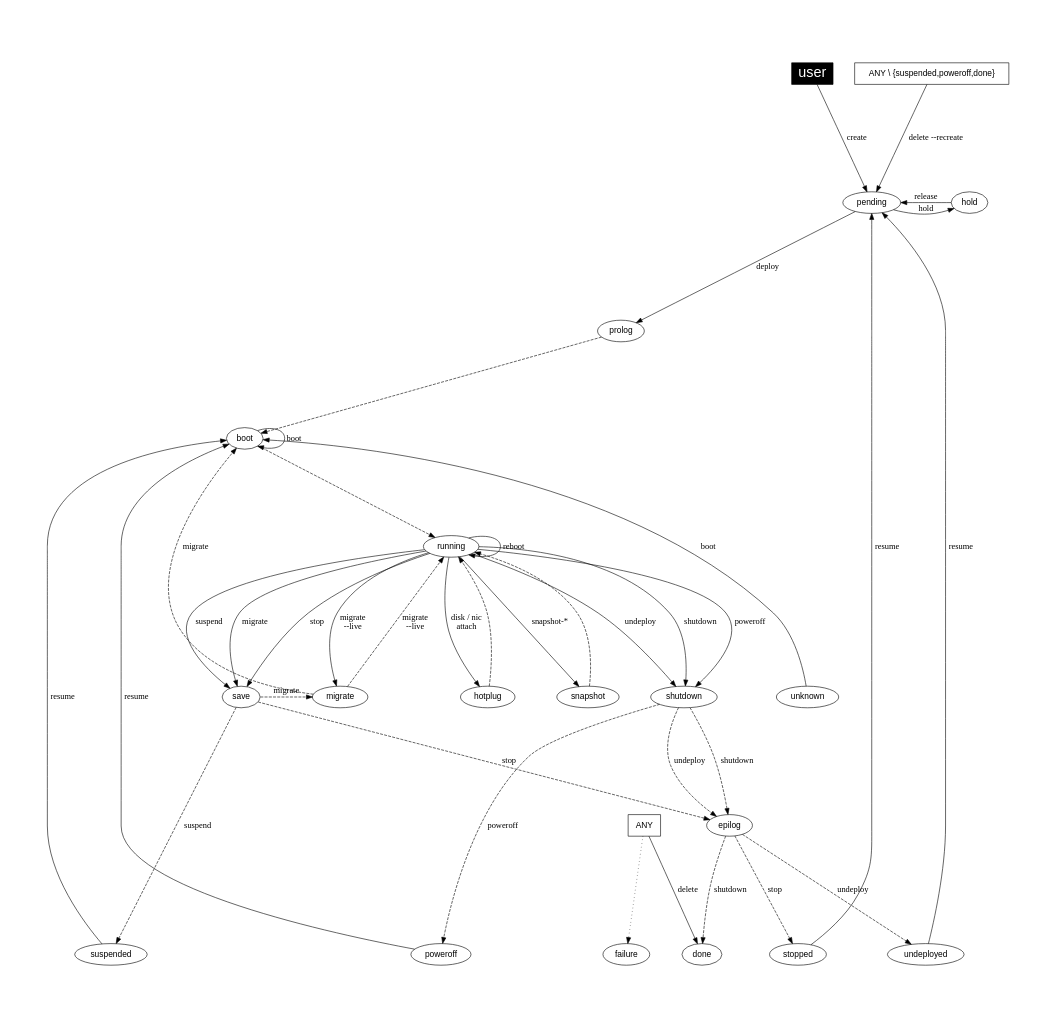
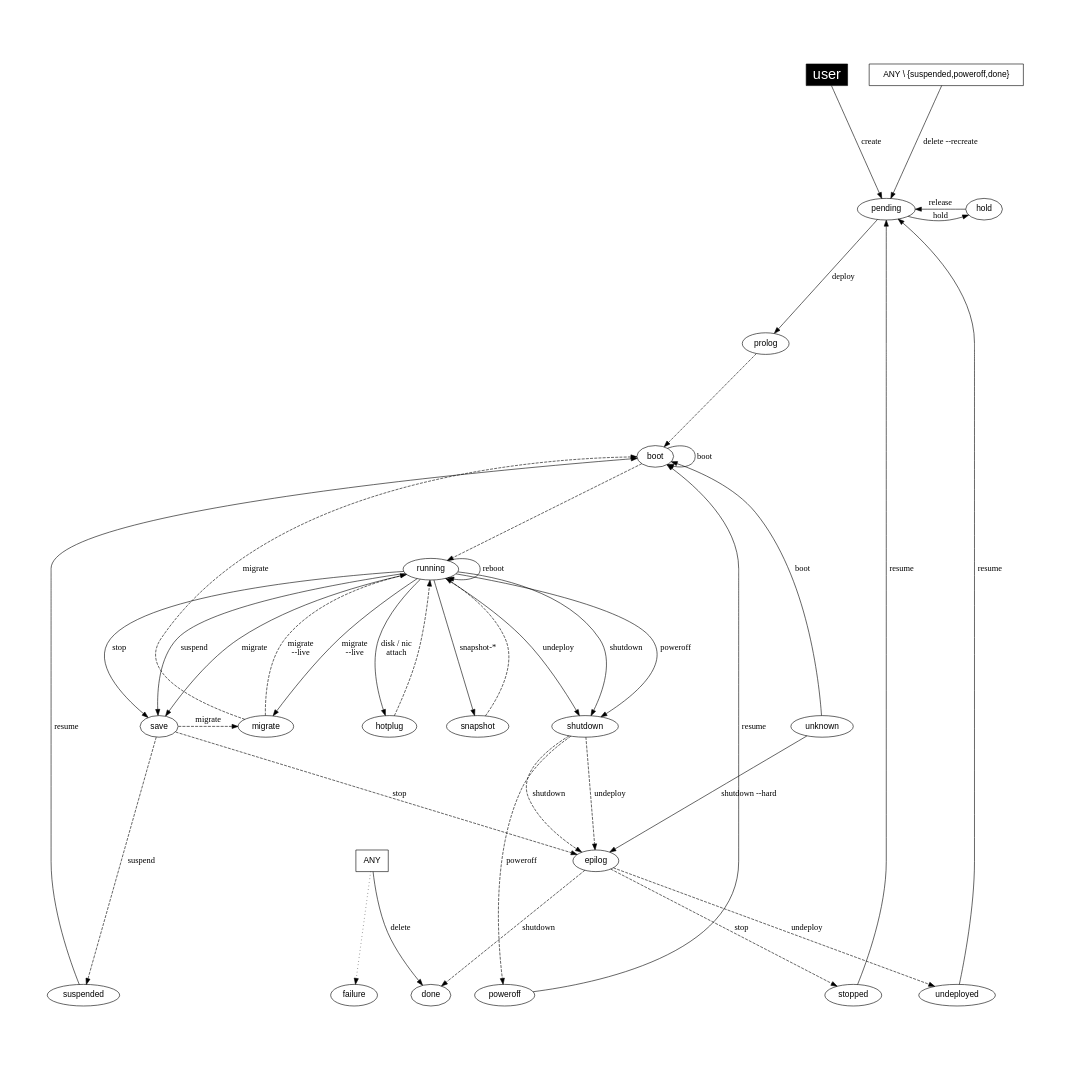
Before and after one commit to OpenNebula/one: the diagram in share/doc/states/states-simple.dot, drawn with Graphviz. The commit also changed 1 other file, not shown here.

Commit message:
Feature #2135: Update vm state diagrams

```diff
--- a/share/doc/states/states-simple.dot
+++ b/share/doc/states/states-simple.dot
@@ -1,104 +1,105 @@
 
 
 digraph OpenNebula {
     graph [
         nodesep= 0.5,
         ratio=1,
         pad=1,
     ];
 
     node [fontname="Helvetica"];
     edge [fontname="Menlo"];
     
     user [
         fillcolor="black",
         style="filled", shape="box",
         fontcolor="white", fontsize= "24.0"];
 
     ANY [ shape="box" ];
     "ANY \\ {suspended,poweroff,done}" [ shape="box" ];
 
     subgraph { rank = min; user}
     subgraph { rank = same; pending; hold; color="white"}
 #    subgraph { rank = same; prolog; boot; color="white" }
     subgraph { rank = same; migrate; save; shutdown; unknown; hotplug; snapshot;
         color="white" }
     subgraph { rank = max; suspended; done; failure; stopped; poweroff; undeployed; color="white" }
 
 #   create
     user -> pending [label="create"];
 
 #   deploy
     pending     -> prolog [label="deploy"];
     prolog      -> boot [style="dashed"];
     boot        -> running [style="dashed"];
 
 #   shutdown
     running     -> shutdown [label="shutdown"];
     shutdown    -> epilog [label="shutdown", style="dashed"];
     epilog      -> done [label="shutdown", style="dashed"];
+    unknown     -> epilog [label="shutdown --hard"];
 
 #   poweroff
     running     -> shutdown [label="poweroff"];
     shutdown    -> poweroff [label="poweroff", style="dashed"];
 
 #   livemigrate
     running     -> migrate [label="migrate\n--live"];
     migrate     -> running [label="migrate\n--live", style="dashed"];
 
 #   migrate
     running     -> save [label="migrate"];
     save        -> migrate [label="migrate", style="dashed"];
     migrate     -> boot [label="migrate", style="dashed"];
 
 #   hold
     pending     -> hold [label="hold"];
 
 #   release
     hold        -> pending [label="release"];
 
 #   stop
     running     -> save [label="stop"];
     save        -> epilog [label="stop", style="dashed"];
     epilog      -> stopped [label="stop", style="dashed"];
 
 #   undeploy
     running     -> shutdown [label="undeploy"];
     shutdown    -> epilog [label="undeploy", style="dashed"];
     epilog      -> undeployed [label="undeploy", style="dashed"];
 
 #   suspend
     running     -> save [label="suspend"];
     save        -> suspended [label="suspend", style="dashed"];
 
 #   resume
     stopped     -> pending [label="resume"];
     undeployed  -> pending [label="resume"];
     suspended   -> boot [label="resume"];
     poweroff    -> boot [label="resume"];
 
 #   delete
     ANY         -> done [label="delete"];
 
 #   restart
     unknown     -> boot [label="boot"];
     boot        -> boot [label="boot"];
 
 #   reboot
     running     -> running [label="reboot"];
 
 #   disk-attach nic-attach
 #    running     -> hotplug [label="disk / nic -\n attach / detach"]
     running     -> hotplug [label="disk / nic\nattach"]
     hotplug     -> running [style="dashed"];
 
 #   snapshot
     running     -> snapshot [label="snapshot-*"]
     snapshot    -> running [style="dashed"];
 
 #   resubmit
     "ANY \\ {suspended,poweroff,done}" -> pending [label="delete --recreate"];
 
 #   failures and misc.
     ANY         -> failure [style="dotted"];
 }
```
